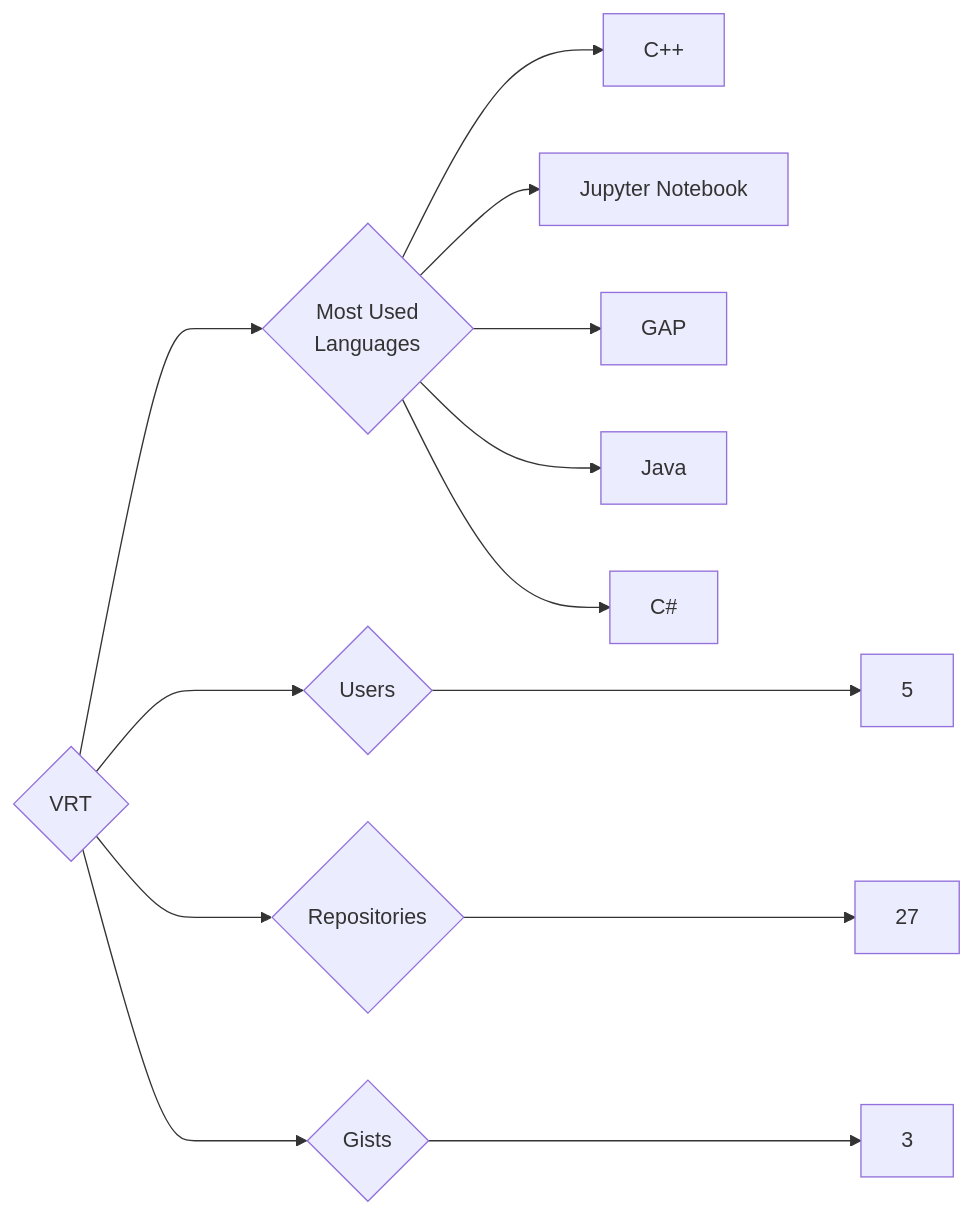
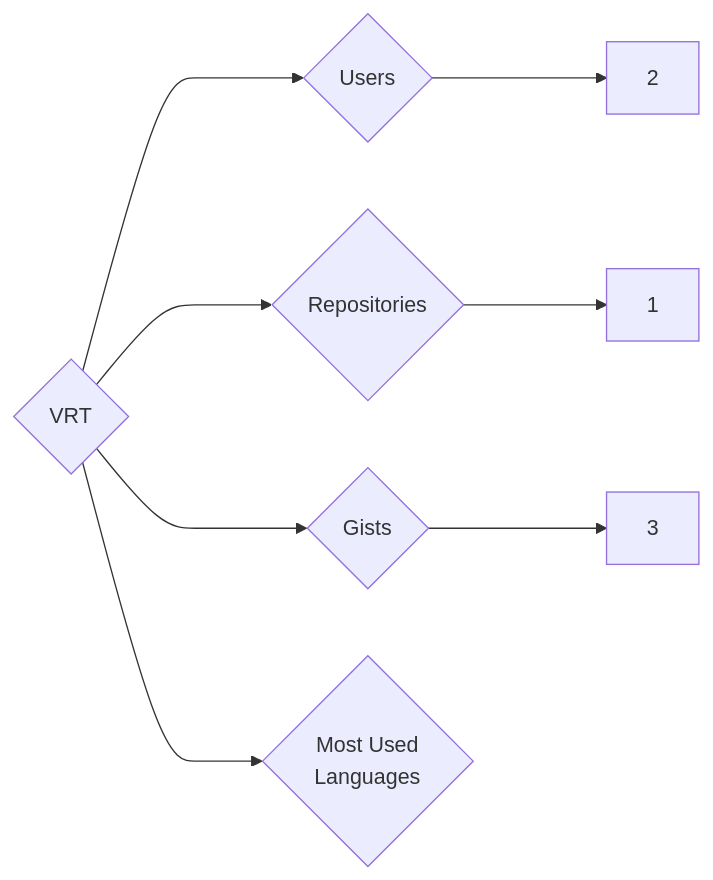
One commit to trickest/insiders changed the diagram in targets/VRT/README.md. Above: the diagram before and after it, drawn with Mermaid. The commit also changed 1248 other files, not shown here.

````diff
--- a/targets/VRT/README.md
+++ b/targets/VRT/README.md
@@ -3,13 +3,8 @@
 ```mermaid
 graph LR
 COMPANY_NAME{VRT}
-COMPANY_NAME ---> U{Users} ---> UN[5]
-COMPANY_NAME ---> R{Repositories} ---> RN[27]
+COMPANY_NAME ---> U{Users} ---> UN[2]
+COMPANY_NAME ---> R{Repositories} ---> RN[1]
 COMPANY_NAME ---> G{Gists} ---> GN[3]
 COMPANY_NAME ---> ML{Most Used<br>Languages}
-ML --> C++[C++]
-ML --> Jupyter_Notebook[Jupyter Notebook]
-ML --> GAP[GAP]
-ML --> Java[Java]
-ML --> C#[C#]
 ```
````
